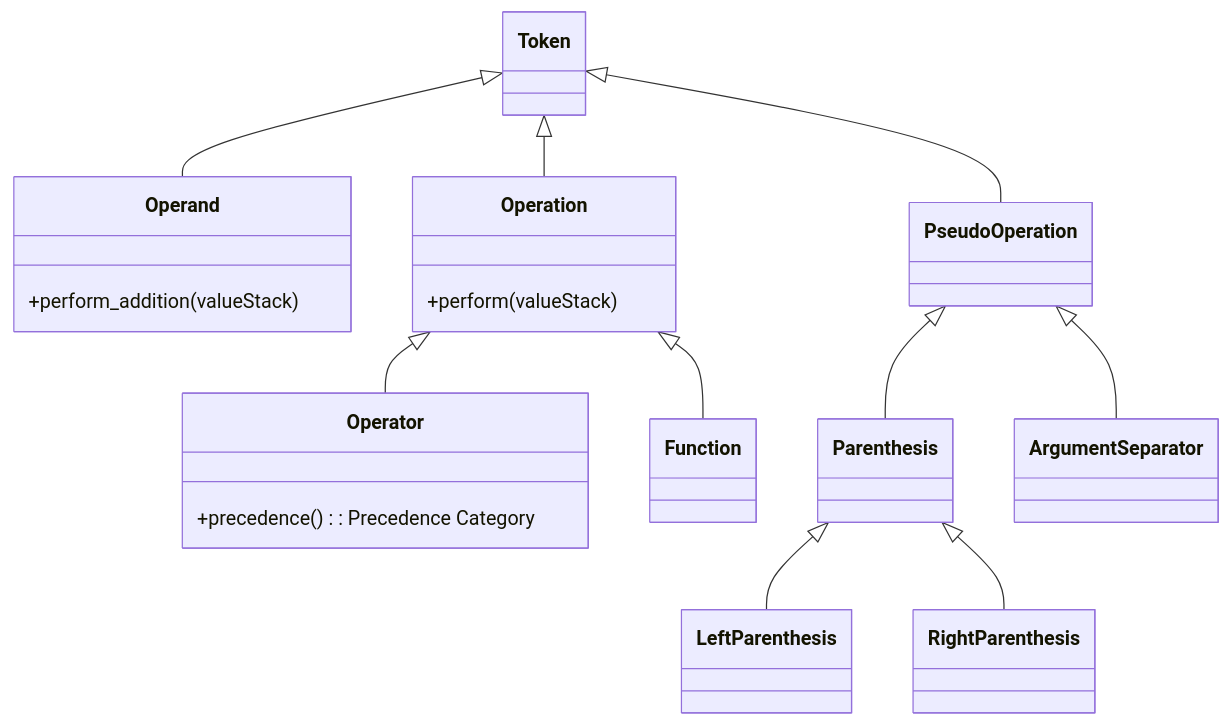
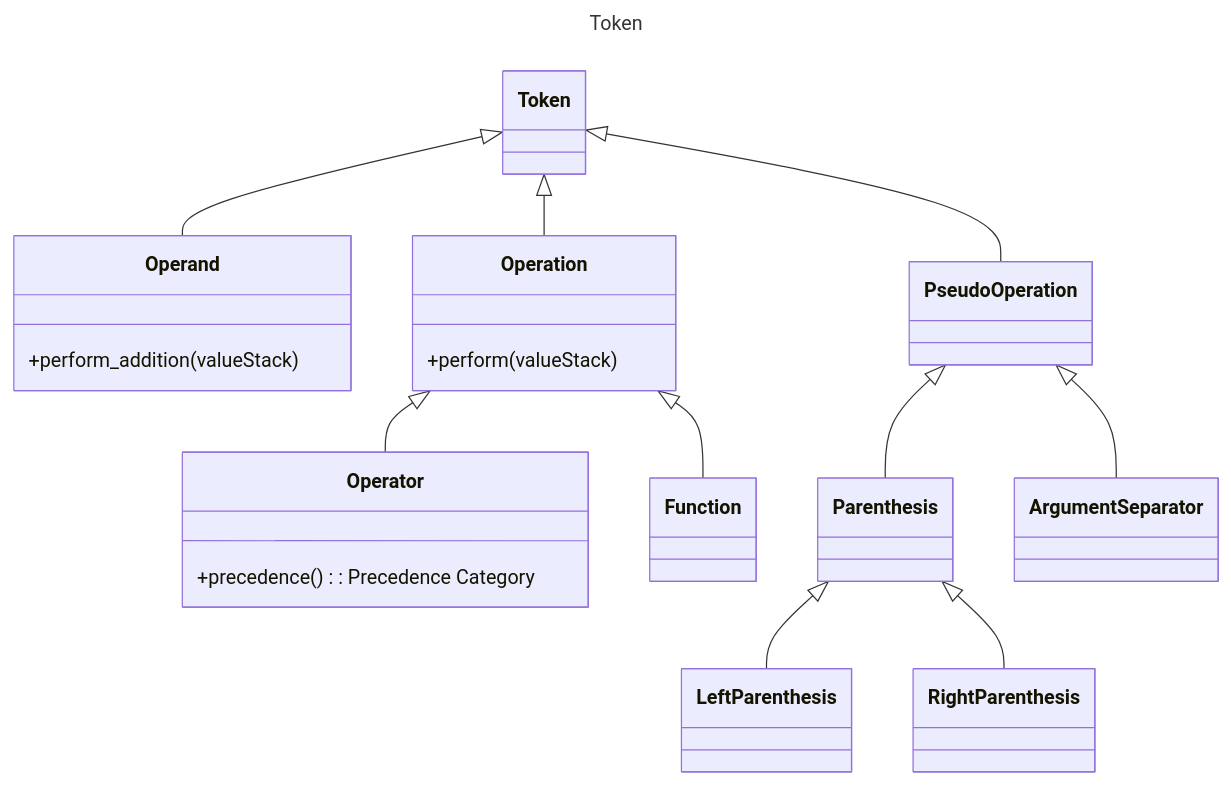
The diagram in !docs/Token.md (khangvum/exprevaluator), drawn with Mermaid before and after one commit. The commit also changed other lines of this file, not shown here.

````diff
--- a/!docs/Token.md
+++ b/!docs/Token.md
@@ -3,38 +5,41 @@
 ```mermaid
+---
+title: Token
+---
 classDiagram
     class Token
 
     class Operand {
         +perform_addition(valueStack)
     }
 
     class Operation {
         +perform(valueStack)
     }
 
     class PseudoOperation
 
     class Operator {
         +precedence(): Precedence Category
     }
 
     class Function
 
     class Parenthesis
 
     class ArgumentSeparator
 
     class LeftParenthesis
 
     class RightParenthesis
 
     Token <|-- Operand
     Token <|-- Operation
     Token <|-- PseudoOperation
     PseudoOperation <|-- Parenthesis
     PseudoOperation <|-- ArgumentSeparator
     Parenthesis <|-- LeftParenthesis
     Parenthesis <|-- RightParenthesis
     Operation <|-- Operator
     Operation <|-- Function
 ```
````
